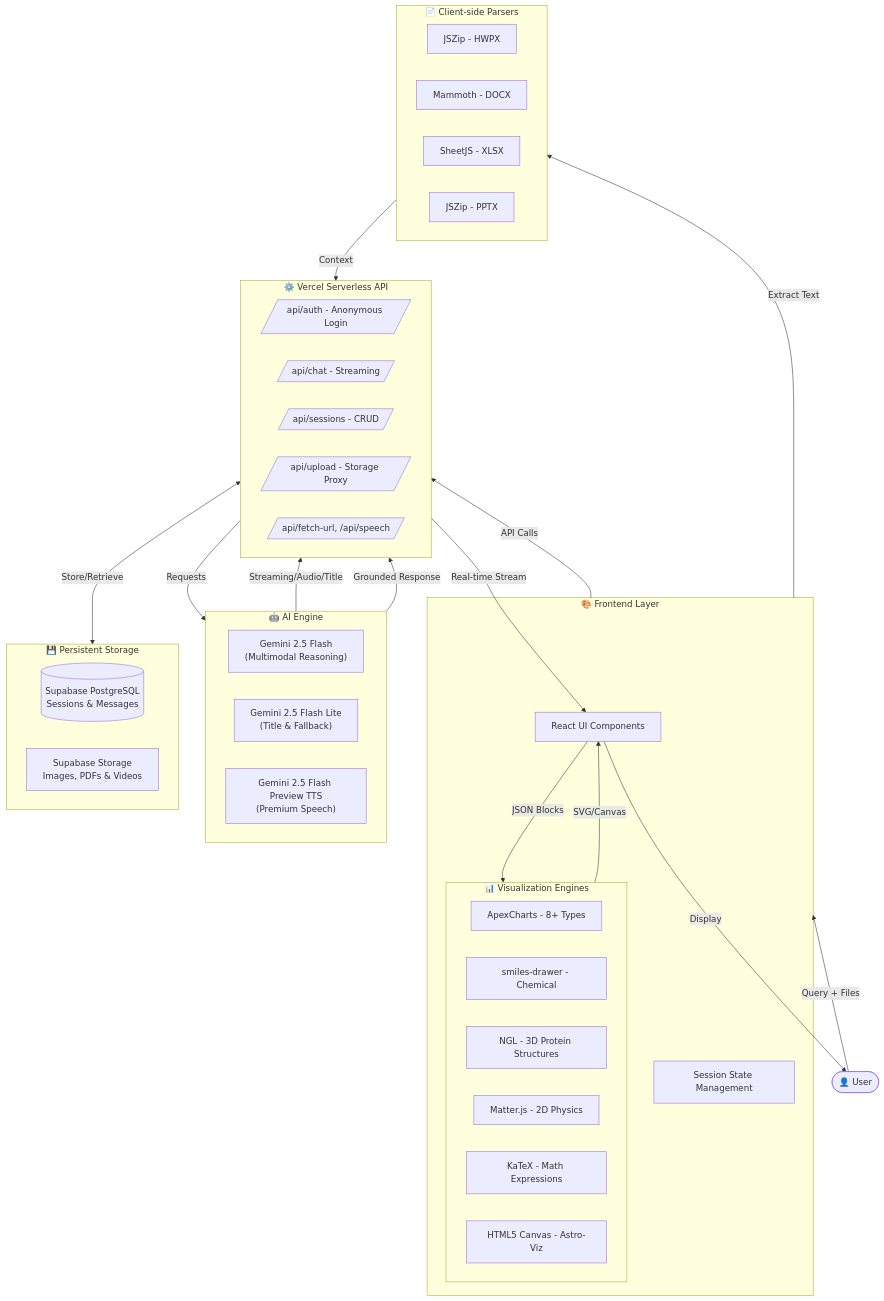
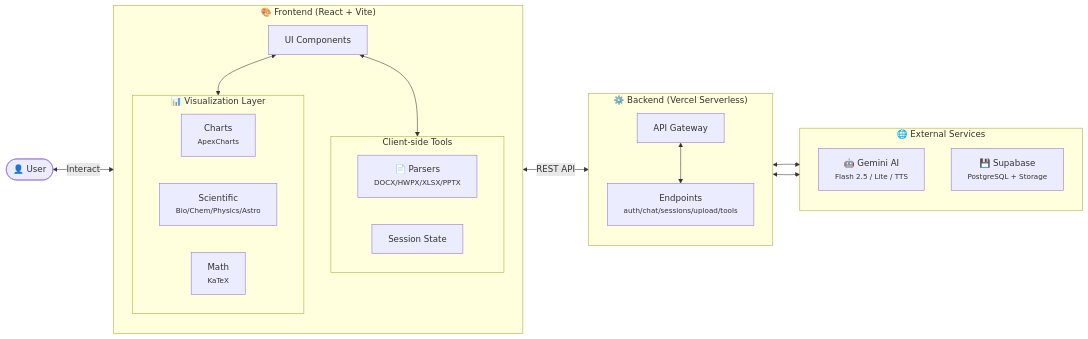
One commit to jpjp92/chat-agent changed the diagram in README.md. Above: the diagram before and after it, drawn with Mermaid.

Commit message:
fix: reamde 구조 업데이트

````diff
--- a/README.md
+++ b/README.md
@@ -66,56 +66,42 @@
 ```mermaid
-flowchart TB
+flowchart LR
     User([👤 User])
     
-    subgraph Frontend["🎨 Frontend Layer"]
-        UI[React UI Components]
-        subgraph Viz["📊 Visualization Engines"]
-            Apex[ApexCharts - 8+ Types]
-            SMILES[smiles-drawer - Chemical]
-            NGL[NGL - 3D Protein Structures]
-            Matter[Matter.js - 2D Physics]
-            KaTeX[KaTeX - Math Expressions]
-            Astro[HTML5 Canvas - Astro-Viz]
+    subgraph Frontend["🎨 Frontend (React + Vite)"]
+        direction TB
+        UI[UI Components]
+        
+        subgraph ClientTools["Client-side Tools"]
+            direction LR
+            Parsers["📄 Parsers<br/><small>DOCX/HWPX/XLSX/PPTX</small>"]
+            State[Session State]
         end
-        State[Session State Management]
+        
+        subgraph Visualizers["📊 Visualization Layer"]
+            direction LR
+            Charts["Charts      <br/><small>ApexCharts</small>"]
+            Scientific["Scientific  <br/><small>Bio/Chem/Physics/Astro</small>"]
+            Math["Math        <br/><small>KaTeX</small>"]
+        end
     end
     
-    subgraph Backend["⚙️ Vercel Serverless API"]
-        Auth[/api/auth - Anonymous Login/]
-        Chat[/api/chat - Streaming/]
-        Sessions[/api/sessions - CRUD/]
-        Upload[/api/upload - Storage Proxy/]
-        Tools[/api/fetch-url, /api/speech/]
+    subgraph Backend["⚙️ Backend (Vercel Serverless)"]
+        direction TB
+        API["API Gateway"]
+        Endpoints["Endpoints<br/><small>auth/chat/sessions/upload/tools</small>"]
     end
     
-    subgraph AI["🤖 AI Engine"]
-        Gemini["Gemini 2.5 Flash<br/>(Multimodal Reasoning)"]
-        GeminiLite["Gemini 2.5 Flash Lite<br/>(Title & Fallback)"]
-        TTS["Gemini 2.5 Flash Preview TTS<br/>(Premium Speech)"]
+    subgraph External["🌐 External Services"]
+        direction TB
+        AI["🤖 Gemini AI<br/><small>Flash 2.5 / Lite / TTS</small>"]
+        Storage["💾 Supabase<br/><small>PostgreSQL + Storage</small>"]
     end
     
-    subgraph Storage["💾 Persistent Storage"]
-        DB[(Supabase PostgreSQL<br/>Sessions & Messages)]
-        Files[Supabase Storage<br/>Images, PDFs & Videos]
-    end
-    
-    subgraph Parser["📄 Client-side Parsers"]
-        HWPX[JSZip - HWPX]
-        DOCX[Mammoth - DOCX]
-        XLSX[SheetJS - XLSX]
-        PPTX[JSZip - PPTX]
-    end
-    
-    User -->|Query + Files| Frontend
-    Frontend -->|API Calls| Backend
-    Backend -->|Requests| AI
-    AI -->|Streaming/Audio/Title| Backend
-    Backend <-->|Store/Retrieve| Storage
-    Frontend -->|Extract Text| Parser
-    Parser -->|Context| Backend
-    AI -->|Grounded Response| Backend
-    Backend -->|Real-time Stream| UI
-    UI -->|JSON Blocks| Viz
-    Viz -->|SVG/Canvas| UI
-    UI -->|Display| User
+    User <-->|Interact| UI
+    UI <--> ClientTools
+    UI <--> Visualizers
+    UI <-->|REST API| API
+    API <--> Endpoints
+    Endpoints <--> AI
+    Endpoints <--> Storage
 ```
````
